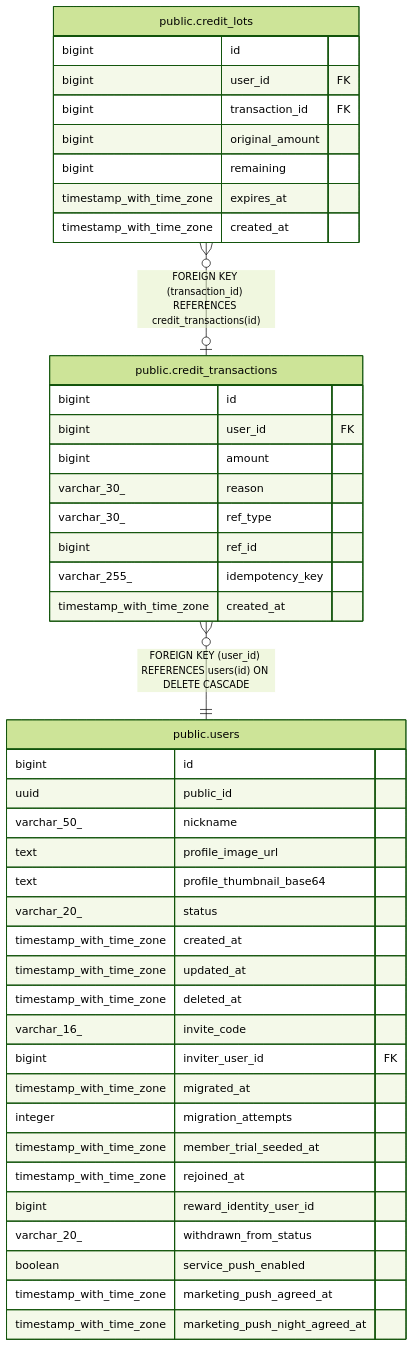
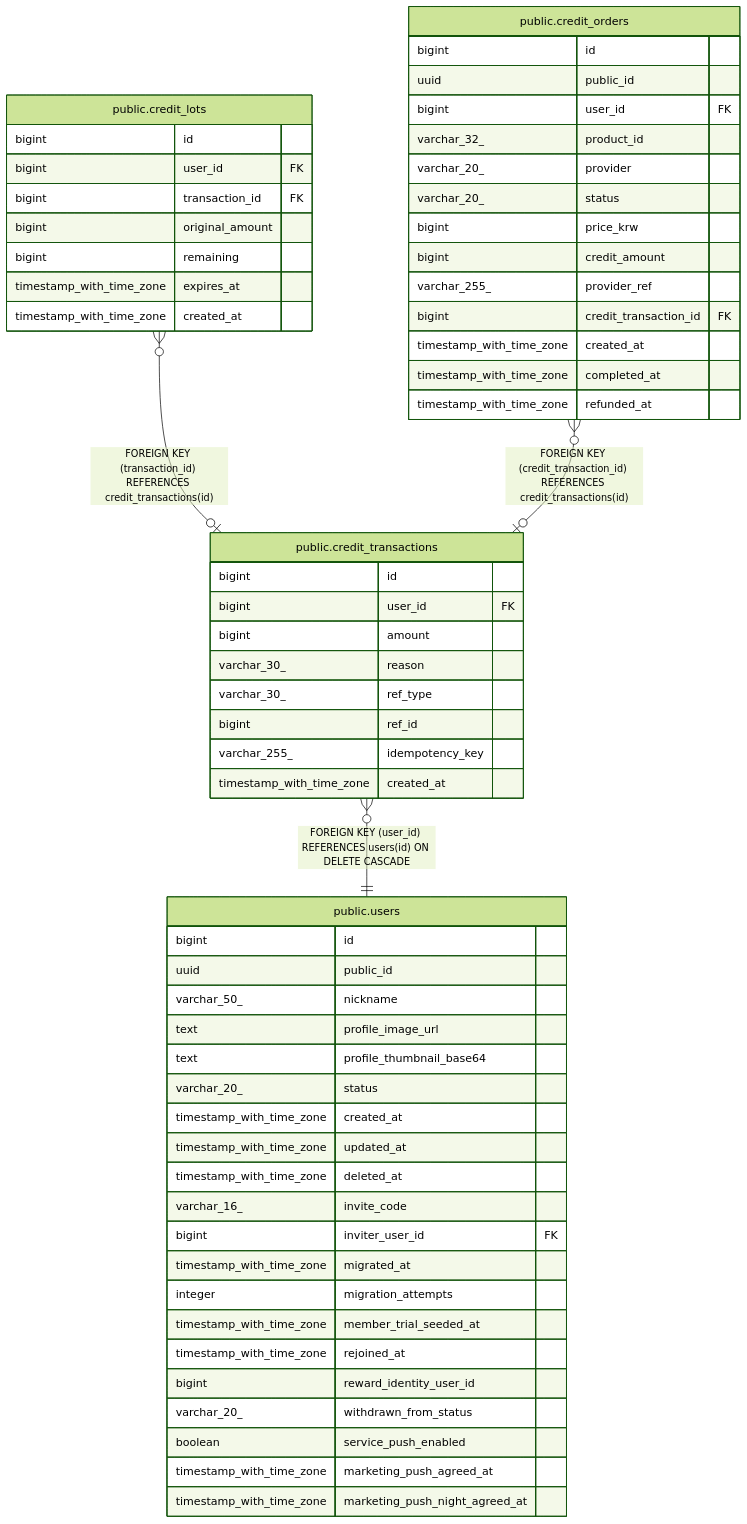
The diagram in dbdoc/public.credit_transactions.md (KIM-N-KANG/manyak-server), drawn with Mermaid (forest theme) before and after one commit. The commit also changed other lines of this file and 15 other files, not shown here.

````diff
--- a/dbdoc/public.credit_transactions.md
+++ b/dbdoc/public.credit_transactions.md
@@ -38,48 +38,64 @@
 ```mermaid
 erDiagram
 
 "public.credit_lots" }o--o| "public.credit_transactions" : "FOREIGN KEY (transaction_id) REFERENCES credit_transactions(id)"
+"public.credit_orders" }o--o| "public.credit_transactions" : "FOREIGN KEY (credit_transaction_id) REFERENCES credit_transactions(id)"
 "public.credit_transactions" }o--|| "public.users" : "FOREIGN KEY (user_id) REFERENCES users(id) ON DELETE CASCADE"
 
 "public.credit_transactions" {
   bigint id
   bigint user_id FK
   bigint amount
   varchar_30_ reason
   varchar_30_ ref_type
   bigint ref_id
   varchar_255_ idempotency_key
   timestamp_with_time_zone created_at
 }
 "public.credit_lots" {
   bigint id
   bigint user_id FK
   bigint transaction_id FK
   bigint original_amount
   bigint remaining
   timestamp_with_time_zone expires_at
   timestamp_with_time_zone created_at
+}
+"public.credit_orders" {
+  bigint id
+  uuid public_id
+  bigint user_id FK
+  varchar_32_ product_id
+  varchar_20_ provider
+  varchar_20_ status
+  bigint price_krw
+  bigint credit_amount
+  varchar_255_ provider_ref
+  bigint credit_transaction_id FK
+  timestamp_with_time_zone created_at
+  timestamp_with_time_zone completed_at
+  timestamp_with_time_zone refunded_at
 }
 "public.users" {
   bigint id
   uuid public_id
   varchar_50_ nickname
   text profile_image_url
   text profile_thumbnail_base64
   varchar_20_ status
   timestamp_with_time_zone created_at
   timestamp_with_time_zone updated_at
   timestamp_with_time_zone deleted_at
   varchar_16_ invite_code
   bigint inviter_user_id FK
   timestamp_with_time_zone migrated_at
   integer migration_attempts
   timestamp_with_time_zone member_trial_seeded_at
   timestamp_with_time_zone rejoined_at
   bigint reward_identity_user_id
   varchar_20_ withdrawn_from_status
   boolean service_push_enabled
   timestamp_with_time_zone marketing_push_agreed_at
   timestamp_with_time_zone marketing_push_night_agreed_at
 }
 ```
````
